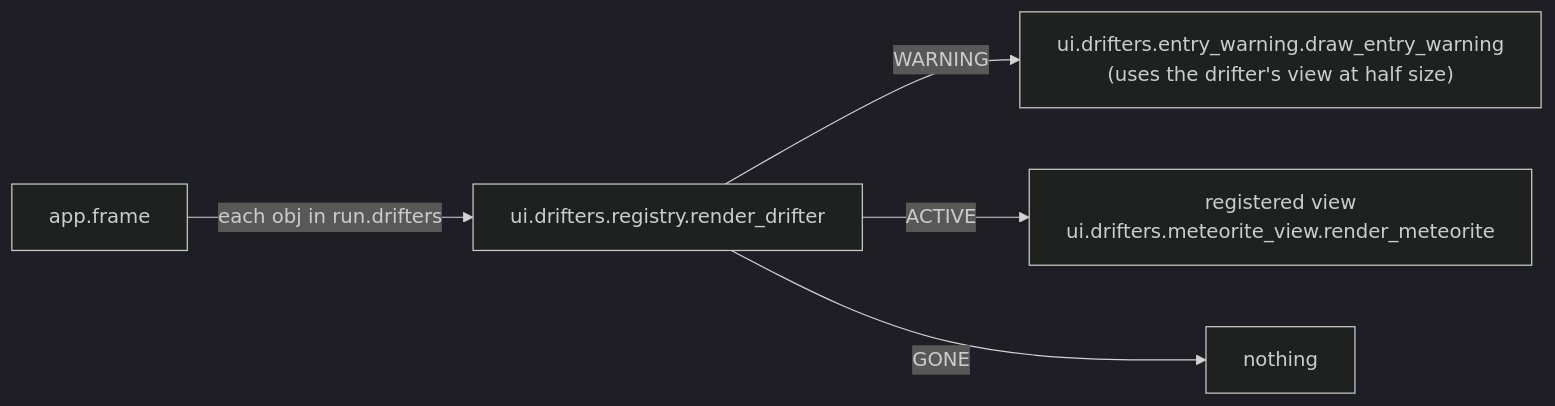
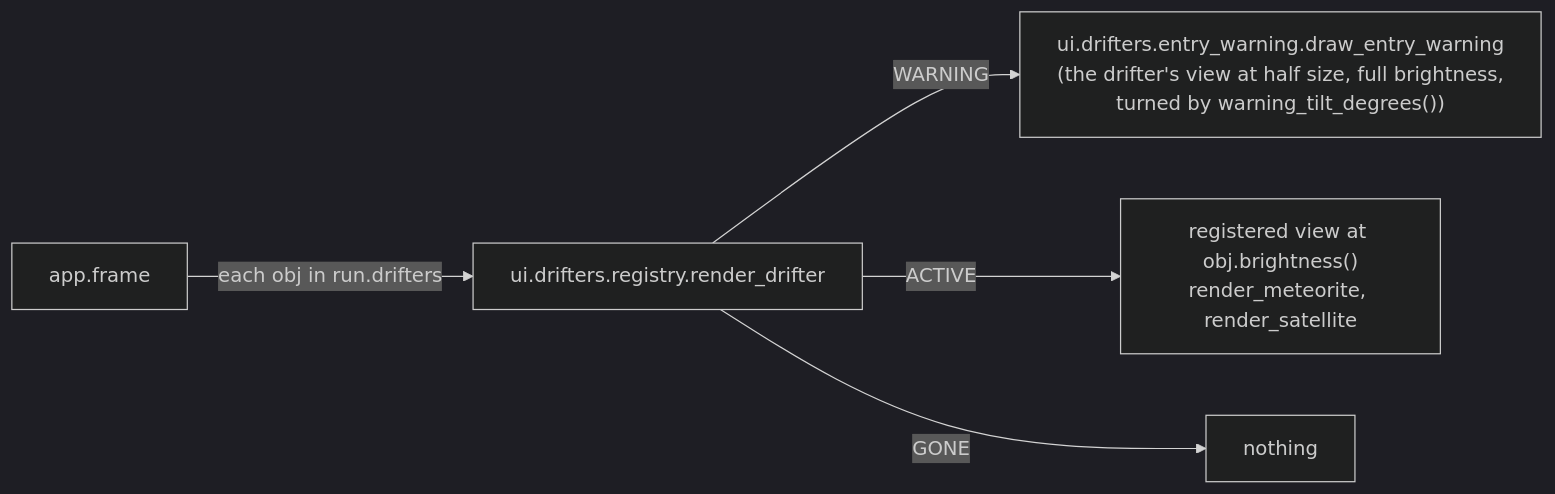
One commit to david-mntl/driftward-ace changed the fifth of 5 diagrams in docs/contracts/systems/drifters.md. Above: the diagram before and after it, drawn with Mermaid (dark theme). The commit also changed other lines of this file and 13 other files, not shown here.

Commit message:
docs(contracts): add satellite, hazards and debug spawn list schemas, update drifters, run and app specs, add DRA-39 tasks

````diff
--- a/docs/contracts/systems/drifters.md
+++ b/docs/contracts/systems/drifters.md
@@ -90,7 +138,7 @@
 ```mermaid
 flowchart LR
   APP["app.frame"] -- "each obj in run.drifters" --> R["ui.drifters.registry.render_drifter"]
-  R -- "WARNING" --> W["ui.drifters.entry_warning.draw_entry_warning<br/>(uses the drifter's view at half size)"]
-  R -- "ACTIVE" --> V["registered view<br/>ui.drifters.meteorite_view.render_meteorite"]
+  R -- "WARNING" --> W["ui.drifters.entry_warning.draw_entry_warning<br/>(the drifter's view at half size, full brightness,<br/>turned by warning_tilt_degrees())"]
+  R -- "ACTIVE" --> V["registered view at obj.brightness()<br/>render_meteorite, render_satellite"]
   R -- "GONE" --> N["nothing"]
 ```
````
